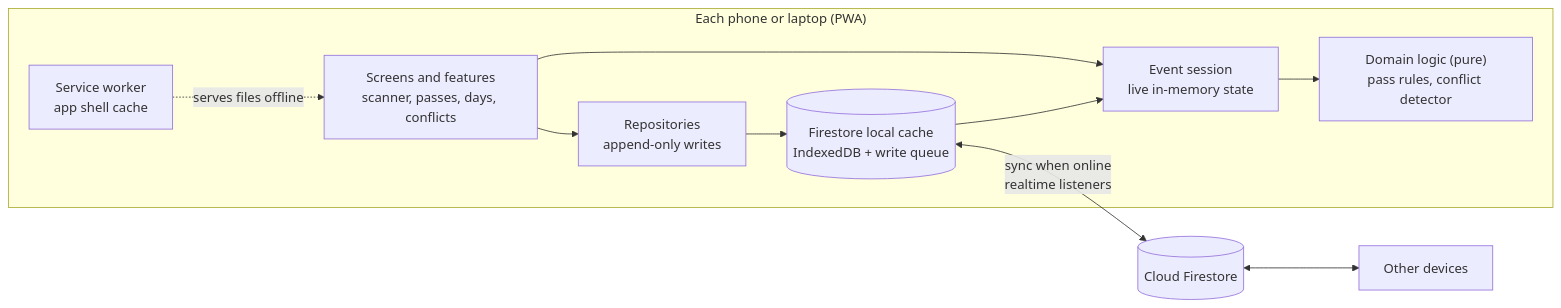
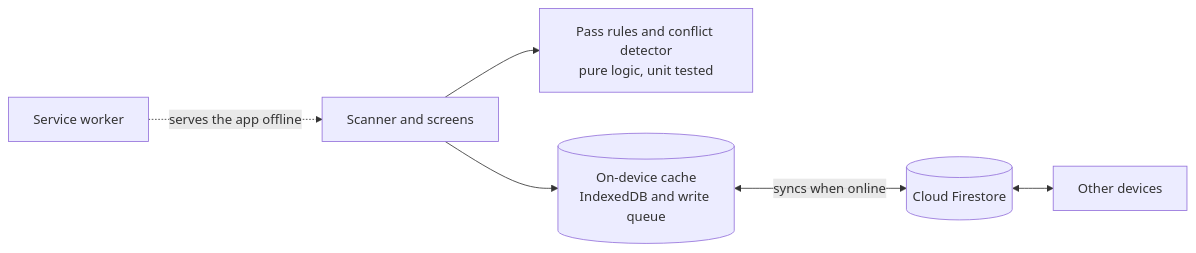
The diagram in README.md (cudios/stub), drawn with Mermaid before and after one commit. The commit also changed other lines of this file and 4 other files, not shown here.

````diff
--- a/README.md
+++ b/README.md
@@ -71,19 +56,8 @@
 ```mermaid
 flowchart LR
-  subgraph Device["Each phone or laptop (PWA)"]
-    UI["Screens and features<br/>scanner, passes, days, conflicts"]
-    Session["Event session<br/>live in-memory state"]
-    Domain["Domain logic (pure)<br/>pass rules, conflict detector"]
-    Repos["Repositories<br/>append-only writes"]
-    Cache[("Firestore local cache<br/>IndexedDB + write queue")]
-    SW["Service worker<br/>app shell cache"]
-    UI --> Session
-    Session --> Domain
-    UI --> Repos
-    Repos --> Cache
-    Cache --> Session
-  end
-  Cache <-->|"sync when online<br/>realtime listeners"| Firestore[("Cloud Firestore")]
-  Firestore <--> Other["Other devices"]
-  SW -.->|"serves files offline"| UI
+  A["Scanner and screens"] --> B["Pass rules and conflict detector<br/>pure logic, unit tested"]
+  A --> C[("On-device cache<br/>IndexedDB and write queue")]
+  C <-->|"syncs when online"| D[("Cloud Firestore")]
+  D <--> E["Other devices"]
+  F["Service worker"] -.->|"serves the app offline"| A
 ```
````
